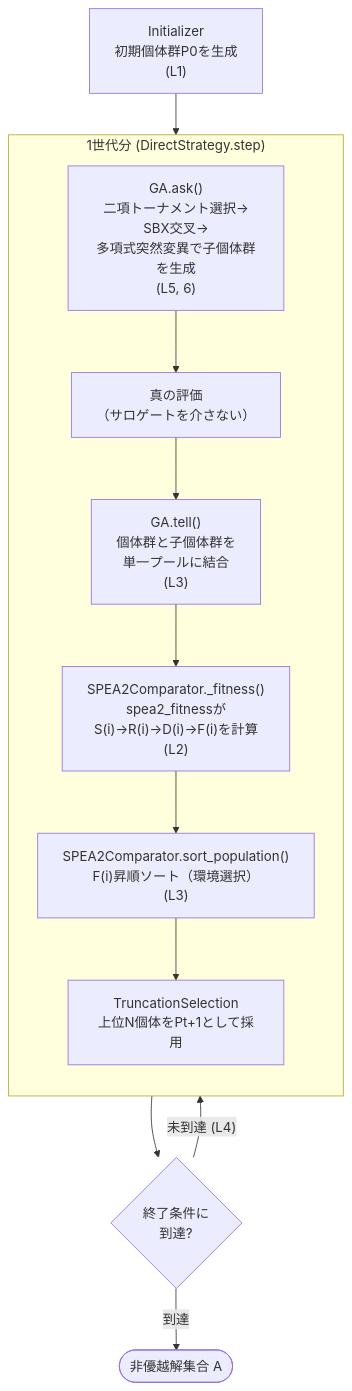
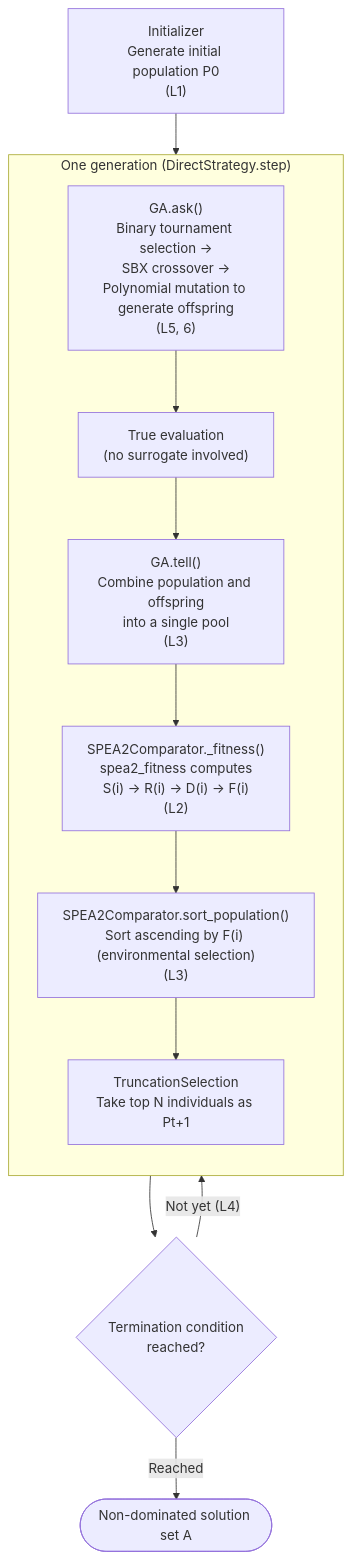
Before and after one commit to shlka/saealib: the diagram in docs/algorithms/spea2.md, drawn with Mermaid. The commit also changed other lines of this file and 50 other files, not shown here.

````diff
--- a/docs/algorithms/spea2.md
+++ b/docs/algorithms/spea2.md
@@ -45,15 +45,15 @@
 ```{mermaid}
 flowchart TD
-    INIT["Initializer<br/>初期個体群P0を生成<br/>(L1)"] --> GEN
-    subgraph GEN["1世代分 (DirectStrategy.step)"]
+    INIT["Initializer<br/>Generate initial population P0<br/>(L1)"] --> GEN
+    subgraph GEN["One generation (DirectStrategy.step)"]
         direction TB
-        ASK["GA.ask()<br/>二項トーナメント選択→<br/>SBX交叉→<br/>多項式突然変異で子個体群を生成<br/>(L5, 6)"] --> EVAL["真の評価<br/>（サロゲートを介さない）"]
-        EVAL --> COMB["GA.tell()<br/>個体群と子個体群を<br/>単一プールに結合<br/>(L3)"]
-        COMB --> FIT["SPEA2Comparator._fitness()<br/>spea2_fitnessが<br/>S(i)→R(i)→D(i)→F(i)を計算<br/>(L2)"]
-        FIT --> SORT["SPEA2Comparator.sort_population()<br/>F(i)昇順ソート（環境選択）<br/>(L3)"]
-        SORT --> TRUNC["TruncationSelection<br/>上位N個体をPt+1として採用"]
+        ASK["GA.ask()<br/>Binary tournament selection →<br/>SBX crossover →<br/>Polynomial mutation to generate offspring<br/>(L5, 6)"] --> EVAL["True evaluation<br/>(no surrogate involved)"]
+        EVAL --> COMB["GA.tell()<br/>Combine population and offspring<br/>into a single pool<br/>(L3)"]
+        COMB --> FIT["SPEA2Comparator._fitness()<br/>spea2_fitness computes<br/>S(i) → R(i) → D(i) → F(i)<br/>(L2)"]
+        FIT --> SORT["SPEA2Comparator.sort_population()<br/>Sort ascending by F(i) (environmental selection)<br/>(L3)"]
+        SORT --> TRUNC["TruncationSelection<br/>Take top N individuals as Pt+1"]
     end
-    GEN --> TERM{"終了条件に<br/>到達?"}
-    TERM -- "未到達 (L4)" --> GEN
-    TERM -- "到達" --> RESULT(["非優越解集合 A"])
+    GEN --> TERM{"Termination condition<br/>reached?"}
+    TERM -- "Not yet (L4)" --> GEN
+    TERM -- "Reached" --> RESULT(["Non-dominated solution set A"])
 ```
````
